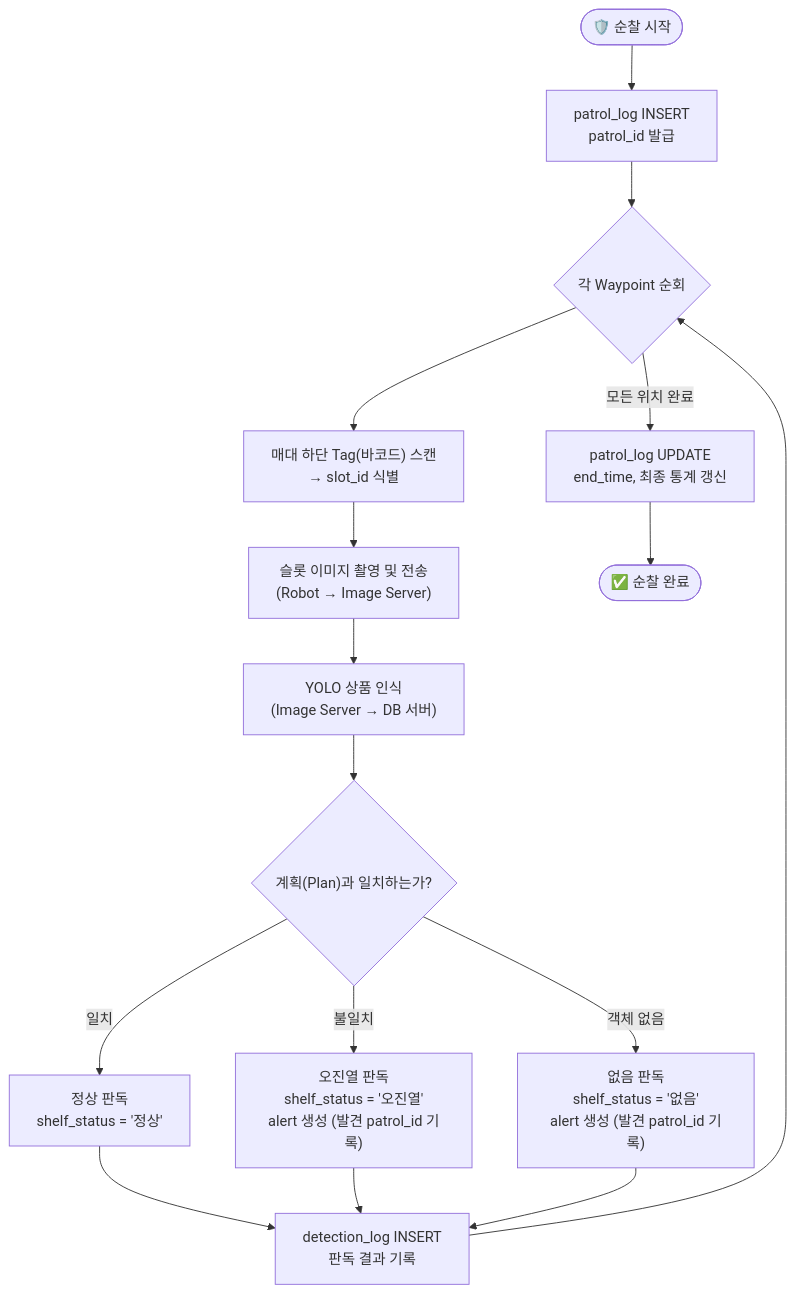
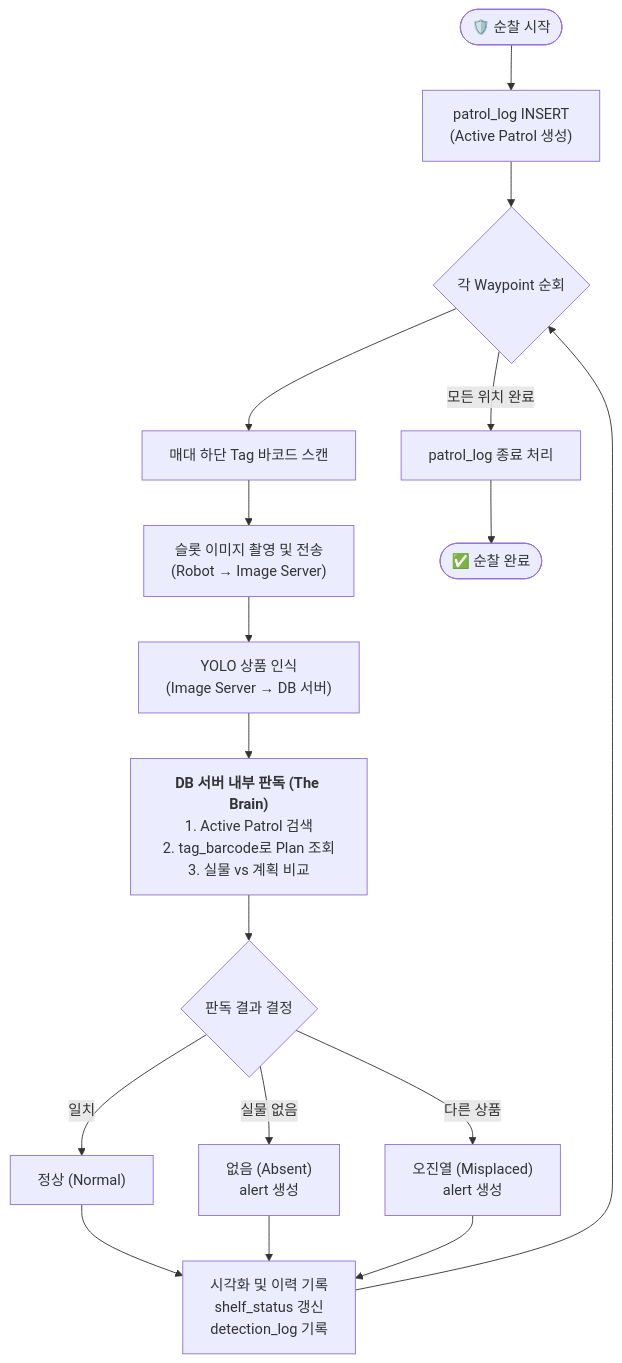
One commit to Hoon0185/AI_Robot_Final_Project202603 changed the diagram in db-server/doc/slot_update_logic.md. Above: the diagram before and after it, drawn with Mermaid. The commit also changed other lines of this file and 2 other files, not shown here.

Commit message:
slot_id 에서 status 삭제

````diff
--- a/db-server/doc/slot_update_logic.md
+++ b/db-server/doc/slot_update_logic.md
@@ -17,23 +16,25 @@
 ```mermaid
 flowchart TD
-    A(["🛡️ 순찰 시작"]) --> B["patrol_log INSERT\npatrol_id 발급"]
+    A(["🛡️ 순찰 시작"]) --> B["patrol_log INSERT\n(Active Patrol 생성)"]
     B --> C{"각 Waypoint 순회"}
     
-    C --> D["매대 하단 Tag(바코드) 스캔\n→ slot_id 식별"]
+    C --> D["매대 하단 Tag 바코드 스캔"]
     D --> E["슬롯 이미지 촬영 및 전송\n(Robot → Image Server)"]
     E --> F["YOLO 상품 인식\n(Image Server → DB 서버)"]
     
-    F --> G{"계획(Plan)과 일치하는가?"}
+    F --> G["<b>DB 서버 내부 판독 (The Brain)</b>\n1. Active Patrol 검색\n2. tag_barcode로 Plan 조회\n3. 실물 vs 계획 비교"]
     
-    G -- "일치" --> H["정상 판독\nshelf_status = '정상'"]
-    G -- "불일치" --> I["오진열 판독\nshelf_status = '오진열'\nalert 생성 (발견 patrol_id 기록)"]
-    G -- "객체 없음" --> J["없음 판독\nshelf_status = '없음'\nalert 생성 (발견 patrol_id 기록)"]
+    G --> H{"판독 결과 결정"}
+    
+    H -- "일치" --> I["정상 (Normal)"]
+    H -- "실물 없음" --> J["없음 (Absent)\nalert 생성"]
+    H -- "다른 상품" --> K["오진열 (Misplaced)\nalert 생성"]
 
-    H --> K["detection_log INSERT\n판독 결과 기록"]
-    I --> K
-    J --> K
+    I --> L["시각화 및 이력 기록\nshelf_status 갱신\ndetection_log 기록"]
+    J --> L
+    K --> L
     
-    K --> C
-    C -- "모든 위치 완료" --> L["patrol_log UPDATE\nend_time, 최종 통계 갱신"]
-    L --> M(["✅ 순찰 완료"])
+    L --> C
+    C -- "모든 위치 완료" --> M["patrol_log 종료 처리"]
+    M --> N(["✅ 순찰 완료"])
 ```
````
